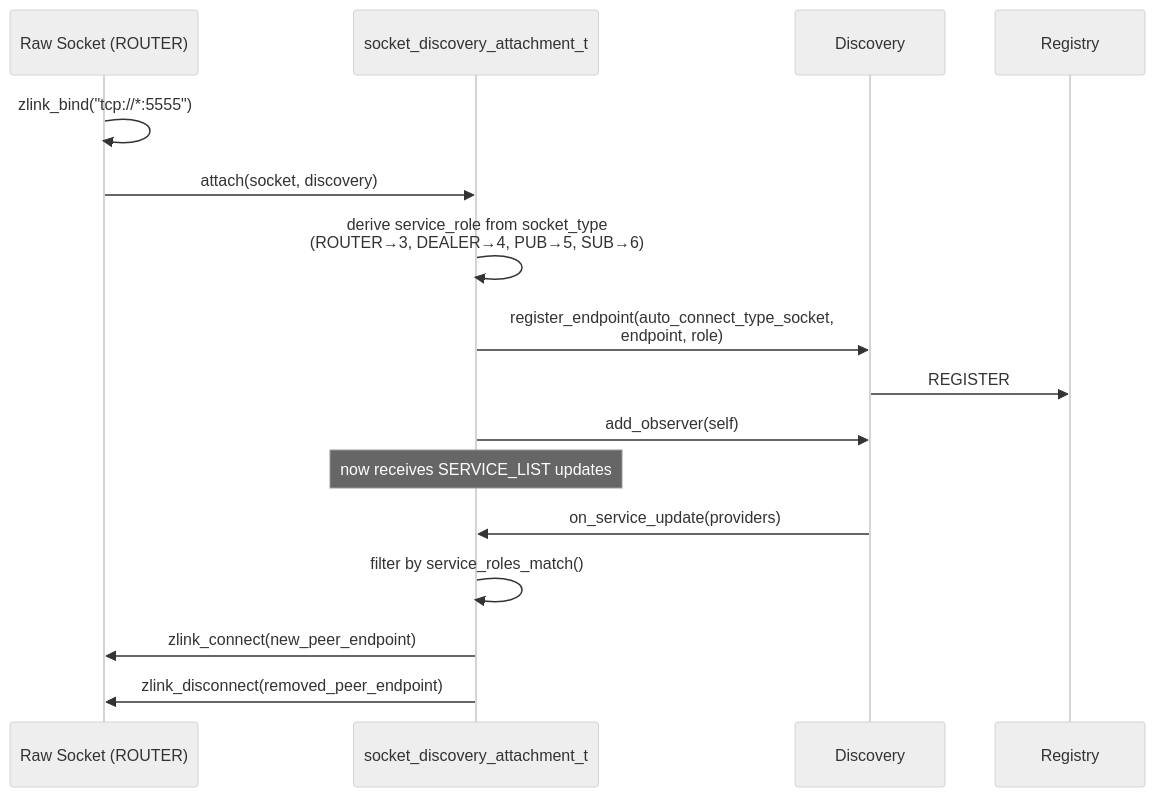
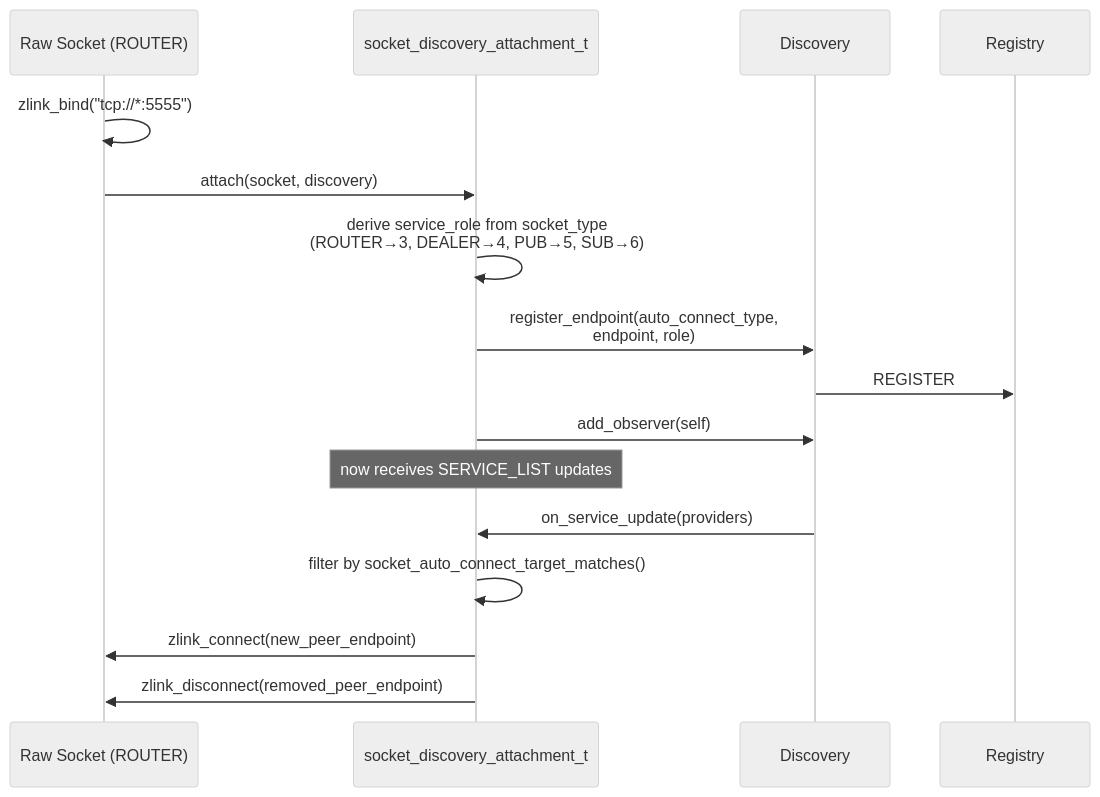
One commit to kairos-code-dev/zlink changed the sixth of 11 diagrams in doc/internals/discovery-internals.md. Above: the diagram before and after it, drawn with Mermaid (neutral theme). The commit also changed other lines of this file and 163 other files, not shown here.

````diff
--- a/doc/internals/discovery-internals.md
+++ b/doc/internals/discovery-internals.md
@@ -229,21 +229,21 @@
 ```mermaid
 sequenceDiagram
     participant Socket as Raw Socket (ROUTER)
     participant Attach as socket_discovery_attachment_t
     participant Disc as Discovery
     participant REG as Registry
 
     Socket->>Socket: zlink_bind("tcp://*:5555")
     Socket->>Attach: attach(socket, discovery)
     Attach->>Attach: derive service_role from socket_type<br/>(ROUTER→3, DEALER→4, PUB→5, SUB→6)
-    Attach->>Disc: register_endpoint(auto_connect_type_socket,<br/>endpoint, role)
+    Attach->>Disc: register_endpoint(auto_connect_type,<br/>endpoint, role)
     Disc->>REG: REGISTER
 
     Attach->>Disc: add_observer(self)
     Note over Attach: now receives SERVICE_LIST updates
 
     Disc->>Attach: on_service_update(providers)
-    Attach->>Attach: filter by service_roles_match()
+    Attach->>Attach: filter by socket_auto_connect_target_matches()
     Attach->>Socket: zlink_connect(new_peer_endpoint)
     Attach->>Socket: zlink_disconnect(removed_peer_endpoint)
 ```
````
